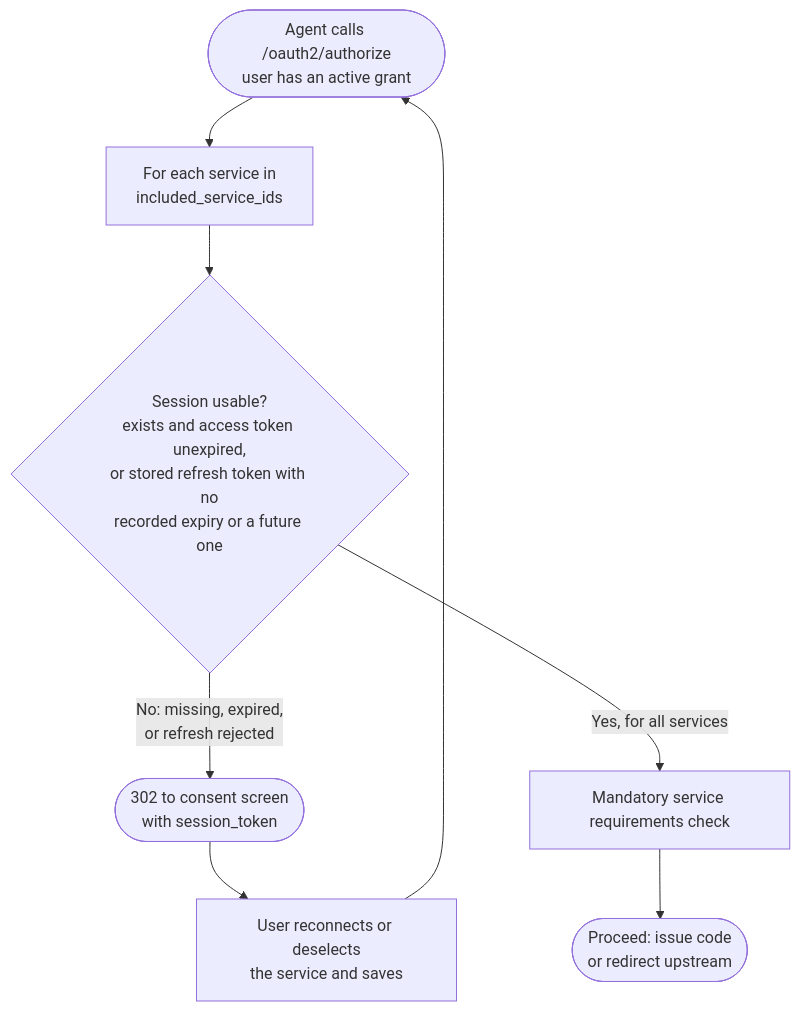
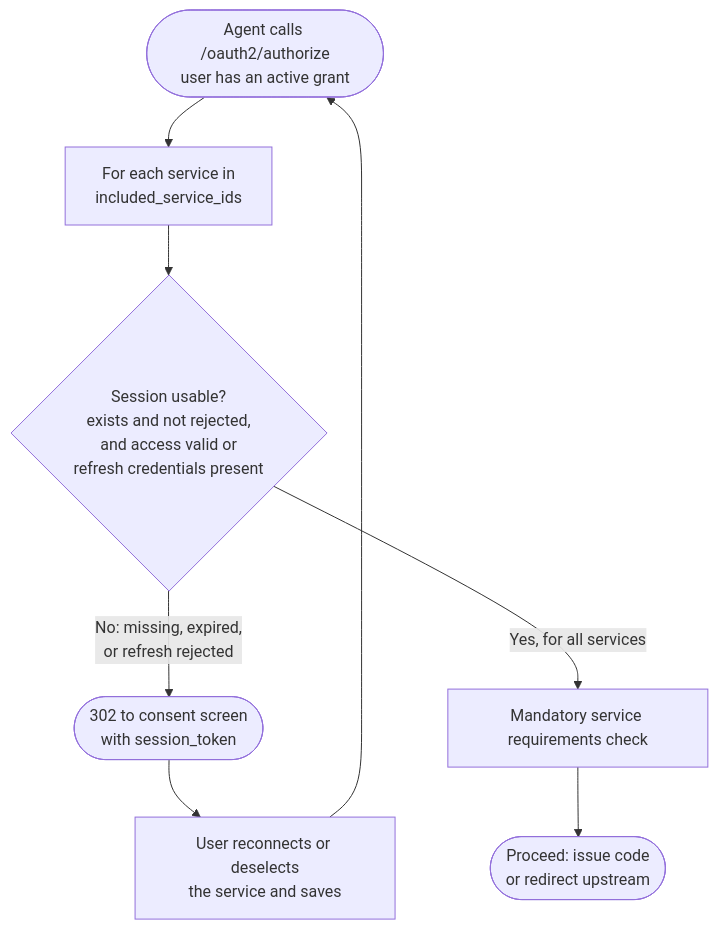
The sixth of 7 diagrams in specs/019-permission-sets/spec.md (zalando-incubator/agentic-identity-broker), drawn with Mermaid before and after one commit. The commit also changed other lines of this file and 137 other files, not shown here.

````diff
--- a/specs/019-permission-sets/spec.md
+++ b/specs/019-permission-sets/spec.md
@@ -188,10 +188,10 @@
 ```mermaid
 flowchart TD
     A([Agent calls /oauth2/authorize<br/>user has an active grant]) --> B[For each service in<br/>included_service_ids]
-    B --> C{Session usable?<br/>exists and access token unexpired,<br/>or stored refresh token with no<br/>recorded expiry or a future one}
+    B --> C{Session usable?<br/>exists and not rejected,<br/>and access valid or<br/>refresh credentials present}
     C -- No: missing, expired,<br/>or refresh rejected --> D([302 to consent screen<br/>with session_token])
     C -- Yes, for all services --> E[Mandatory service requirements check]
     E --> F([Proceed: issue code<br/>or redirect upstream])
     D --> G[User reconnects or deselects<br/>the service and saves]
     G --> A
 ```
````
